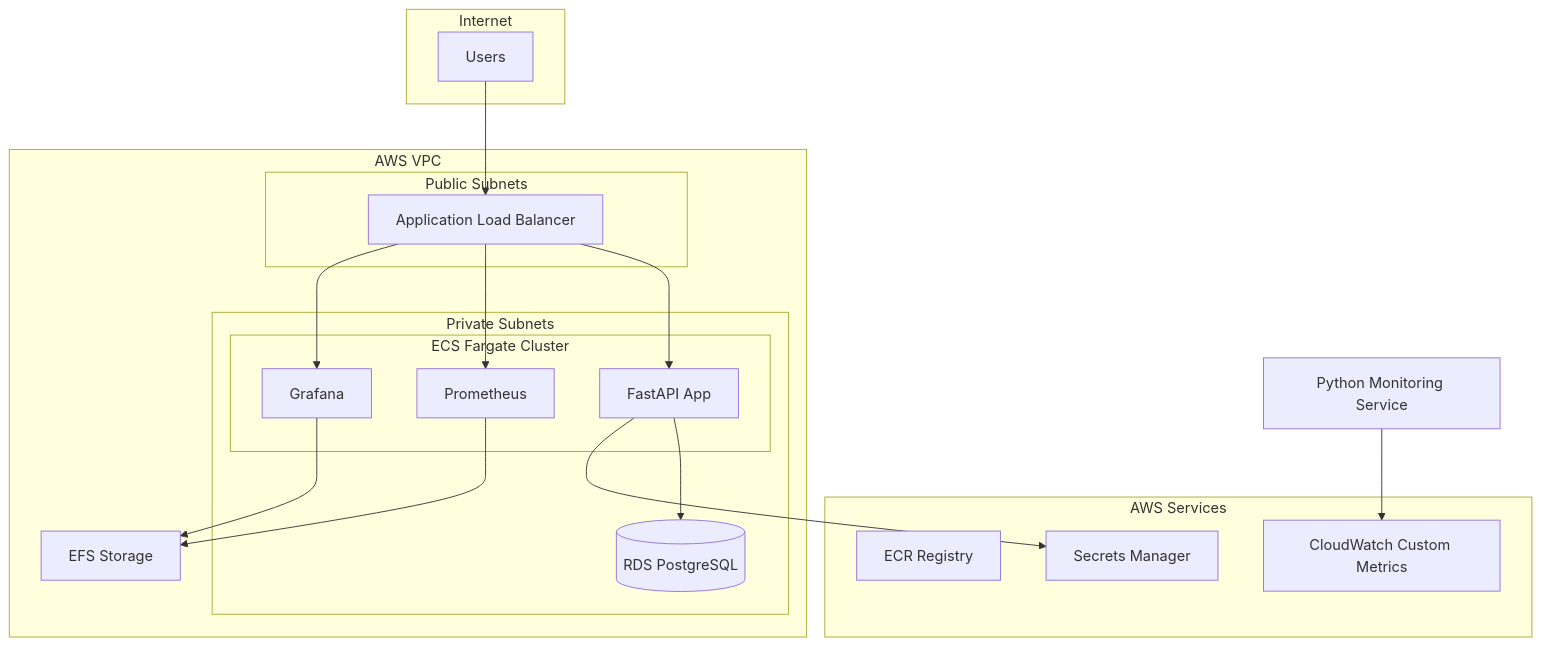
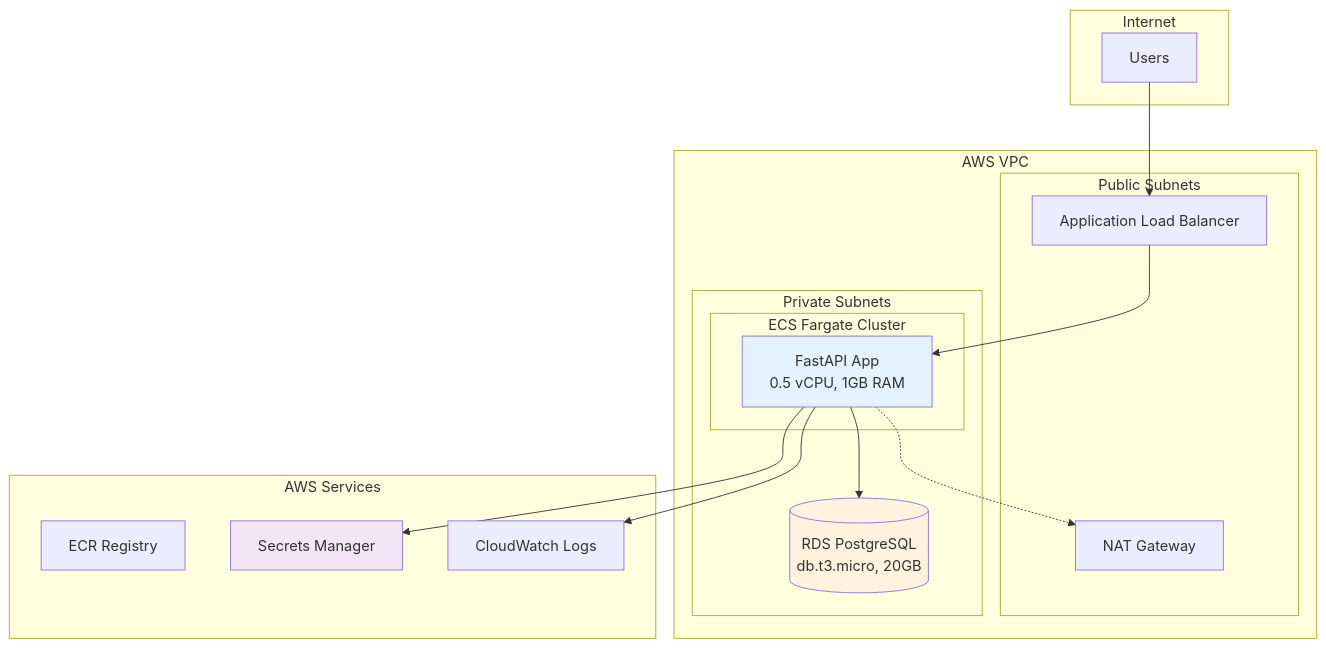
One commit to phaa/dyno-agent changed the first of 3 diagrams in docs/INFRASTRUCTURE.md. Above: the diagram before and after it, drawn with Mermaid. The commit also changed other lines of this file and 33 other files, not shown here.

Commit message:
Changed conditional edges to Command returns on graph  nodes

````diff
--- a/docs/INFRASTRUCTURE.md
+++ b/docs/INFRASTRUCTURE.md
@@ -55,40 +83,38 @@
 ```mermaid
 graph TB
     subgraph "Internet"
         Users[Users]
     end
 
     subgraph "AWS VPC"
         subgraph "Public Subnets"
             ALB[Application Load Balancer]
+            NAT[NAT Gateway]
         end
 
         subgraph "Private Subnets"
             subgraph "ECS Fargate Cluster"
-                FastAPI[FastAPI App]
-                Prometheus[Prometheus]
-                Grafana[Grafana]
+                FastAPI[FastAPI App<br/>0.5 vCPU, 1GB RAM]
             end
 
-            RDS[(RDS PostgreSQL)]
+            RDS[(RDS PostgreSQL<br/>db.t3.micro, 20GB)]
         end
-
-        EFS[EFS Storage]
     end
 
     subgraph "AWS Services"
         ECR[ECR Registry]
         Secrets[Secrets Manager]
-        CloudWatch[CloudWatch Custom Metrics]
+        CloudWatch[CloudWatch Logs]
     end
 
     Users --> ALB
     ALB --> FastAPI
-    ALB --> Prometheus
-    ALB --> Grafana
     FastAPI --> RDS
-    Prometheus --> EFS
-    Grafana --> EFS
     FastAPI --> Secrets
-    MonitoringService[Python Monitoring Service] --> CloudWatch
+    FastAPI --> CloudWatch
+    FastAPI -.-> NAT
+    
+    style FastAPI fill:#e3f2fd
+    style RDS fill:#fff3e0
+    style Secrets fill:#f3e5f5
 ```
````
